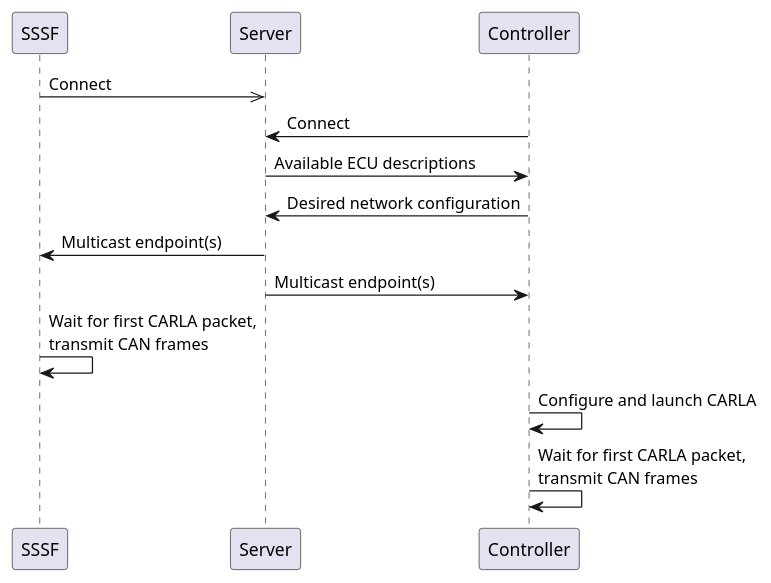
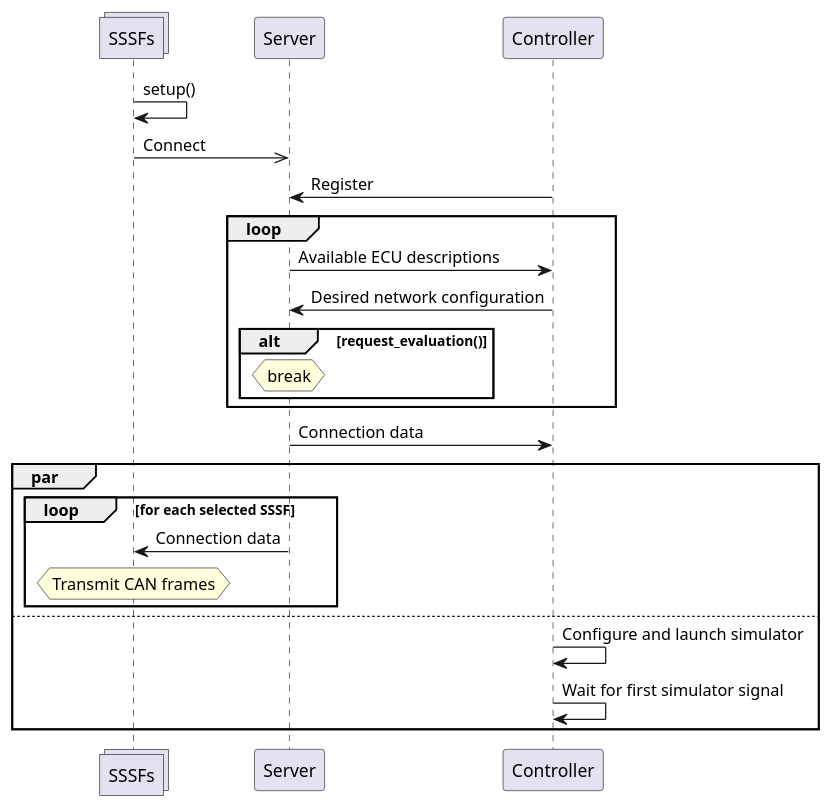
The diagram in Doc/Paper/images/connection_setup.wsd (SystemsCyber/Software-Defined-Truck), drawn with PlantUML before and after one commit. The commit also changed other lines of this file and 16 other files, not shown here.

```diff
--- a/Doc/Paper/images/connection_setup.wsd
+++ b/Doc/Paper/images/connection_setup.wsd
@@ -1,11 +1,23 @@
 @startuml
-SSSF ->> Server: Connect
-Controller -> Server: Connect
+collections SSSFs
+SSSFs -> SSSFs: setup()
+SSSFs ->> Server: Connect
+Controller -> Server: Register
+loop
 Server -> Controller: Available ECU descriptions
 Controller -> Server: Desired network configuration
-Server -> SSSF: Multicast endpoint(s)
-Server -> Controller: Multicast endpoint(s)
-SSSF -> SSSF: Wait for first CARLA packet,\ntransmit CAN frames
-Controller -> Controller: Configure and launch CARLA
-Controller -> Controller: Wait for first CARLA packet, \ntransmit CAN frames
+alt request_evaluation()
+hnote over Server: break
+end
+end
+Server -> Controller: Connection data
+par
+loop for each selected SSSF
+Server -> SSSFs: Connection data
+hnote over SSSFs: Transmit CAN frames
+end
+else
+Controller -> Controller: Configure and launch simulator
+Controller -> Controller: Wait for first simulator signal
+end
 @enduml
```
